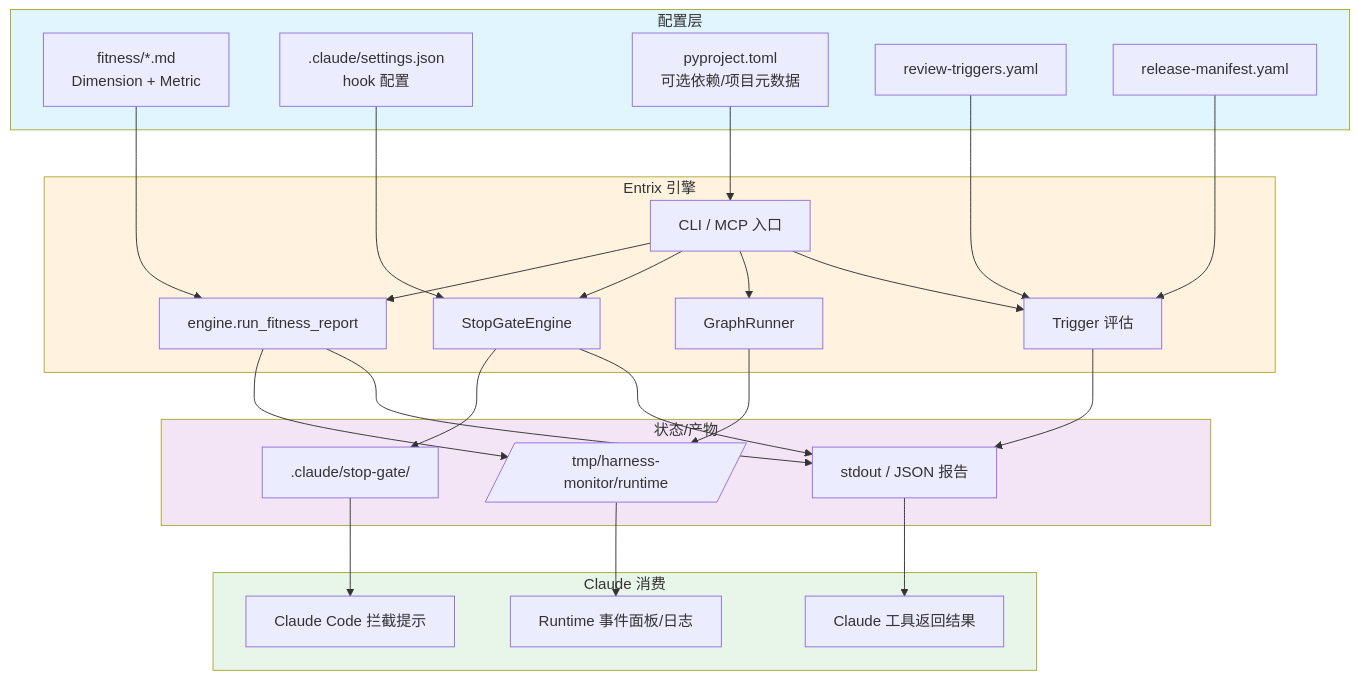
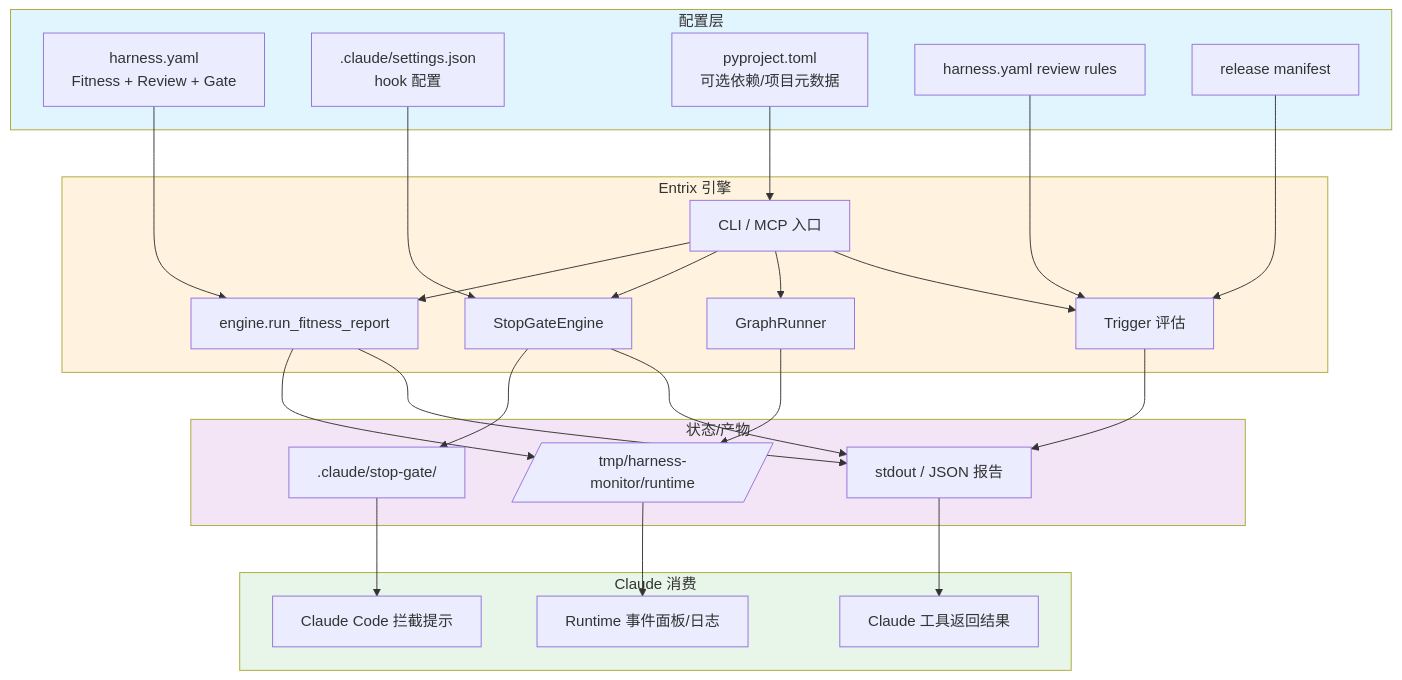
Before and after one commit to duxvfeng/entrix: the diagram in docs/diagrams/07-config-dataflow.mmd, drawn with Mermaid. The commit also changed 72 other files, not shown here.

```diff
--- a/docs/diagrams/07-config-dataflow.mmd
+++ b/docs/diagrams/07-config-dataflow.mmd
@@ -1,55 +1,55 @@
 flowchart TB
     subgraph Config["配置层"]
-        CFG1[fitness/*.md<br/>Dimension + Metric]
+        CFG1[harness.yaml<br/>Fitness + Review + Gate]
         CFG2[.claude/settings.json<br/>hook 配置]
         CFG3[pyproject.toml<br/>可选依赖/项目元数据]
-        CFG4[review-triggers.yaml]
-        CFG5[release-manifest.yaml]
+        CFG4[harness.yaml review rules]
+        CFG5[release manifest]
     end
 
     subgraph Engine["Entrix 引擎"]
         ENG1[CLI / MCP 入口]
         ENG2[engine.run_fitness_report]
         ENG3[StopGateEngine]
         ENG4[GraphRunner]
         ENG5[Trigger 评估]
     end
 
     subgraph State["状态/产物"]
         ST1[.claude/stop-gate/]
         ST2[/tmp/harness-monitor/runtime/]
         ST3[stdout / JSON 报告]
     end
 
     subgraph Consumer["Claude 消费"]
         CON1[Claude Code 拦截提示]
         CON2[Claude 工具返回结果]
         CON3[Runtime 事件面板/日志]
     end
 
     CFG1 --> ENG2
     CFG2 --> ENG3
     CFG3 --> ENG1
     CFG4 --> ENG5
     CFG5 --> ENG5
 
     ENG1 --> ENG2
     ENG1 --> ENG3
     ENG1 --> ENG4
     ENG1 --> ENG5
 
     ENG2 --> ST2
     ENG2 --> ST3
     ENG3 --> ST1
     ENG3 --> ST3
     ENG4 --> ST2
     ENG5 --> ST3
 
     ST1 --> CON1
     ST3 --> CON2
     ST2 --> CON3
 
     style Config fill:#e1f5fe
     style Engine fill:#fff3e0
     style State fill:#f3e5f5
     style Consumer fill:#e8f5e9
```
